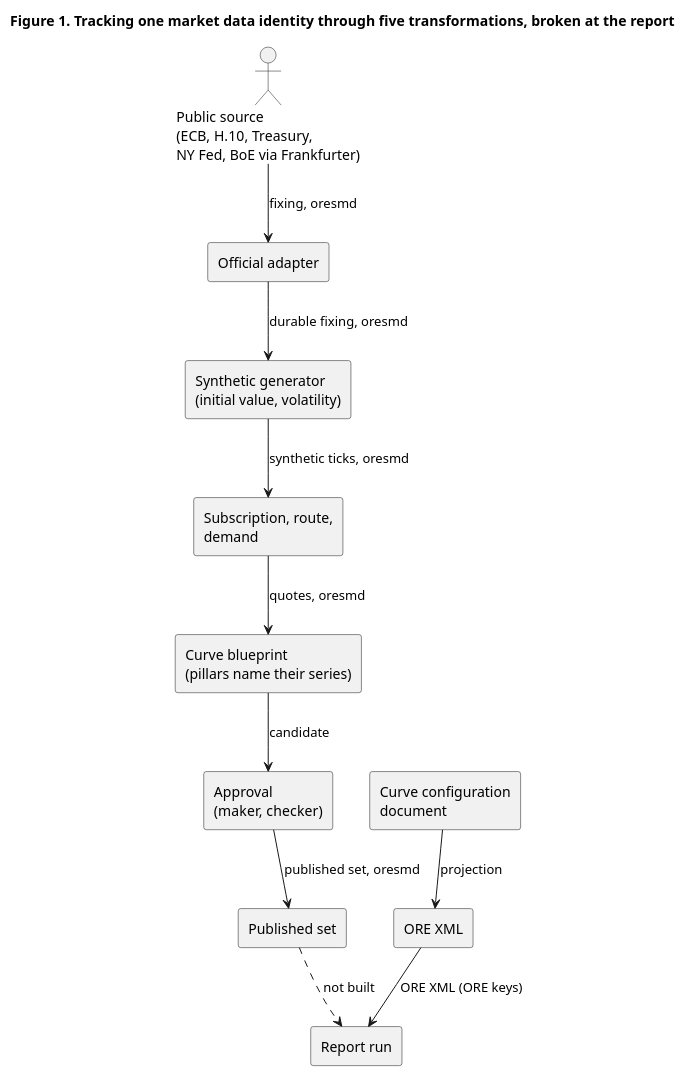
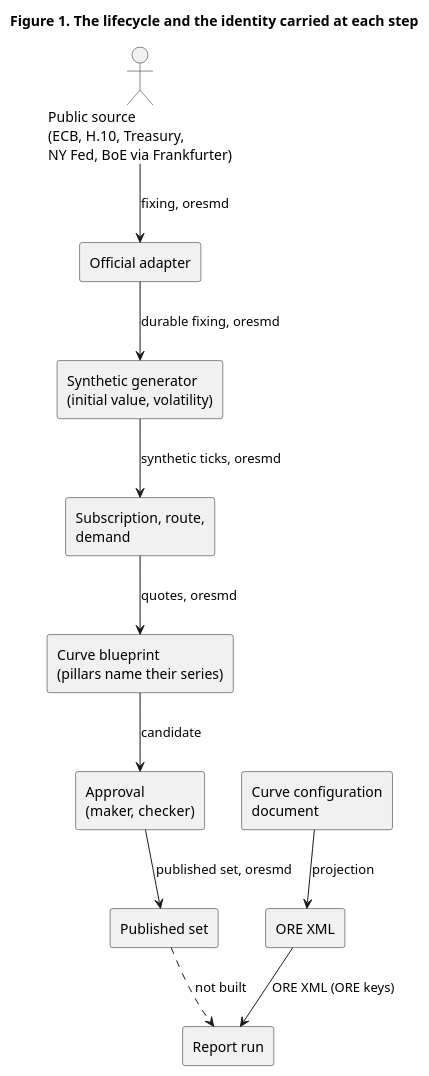
The diagram in doc/knowledge/architecture/tracking_market_data_identity_from_fixing_to_report.puml (OreStudio/OreStudio), drawn with PlantUML before and after one commit. The commit also changed 3 other files, not shown here.

```diff
--- a/doc/knowledge/architecture/tracking_market_data_identity_from_fixing_to_report.puml
+++ b/doc/knowledge/architecture/tracking_market_data_identity_from_fixing_to_report.puml
@@ -1,27 +1,27 @@
 @startuml
-title Figure 1. Tracking one market data identity through five transformations, broken at the report
+title Figure 1. The lifecycle and the identity carried at each step
 skinparam backgroundColor #FFFFFF
 skinparam defaultFontName sans-serif
 skinparam componentStyle rectangle
 
 actor "Public source\n(ECB, H.10, Treasury,\nNY Fed, BoE via Frankfurter)" as src
 component "Official adapter" as official
 component "Synthetic generator\n(initial value, volatility)" as gen
 component "Subscription, route,\ndemand" as sub
 component "Curve blueprint\n(pillars name their series)" as bp
 component "Approval\n(maker, checker)" as appr
 component "Published set" as pub
 component "Report run" as rep
 component "Curve configuration\ndocument" as cfg
 component "ORE XML" as ore
 
 src --> official : fixing, oresmd
 official --> gen : durable fixing, oresmd
 gen --> sub : synthetic ticks, oresmd
 sub --> bp : quotes, oresmd
 bp --> appr : candidate
 appr --> pub : published set, oresmd
 cfg --> ore : projection
 ore --> rep : ORE XML (ORE keys)
 pub ..> rep : not built
 @enduml
```
